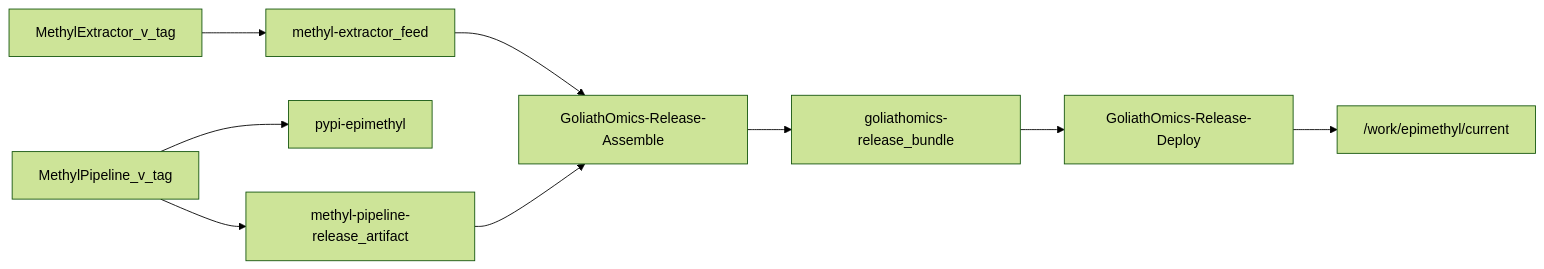
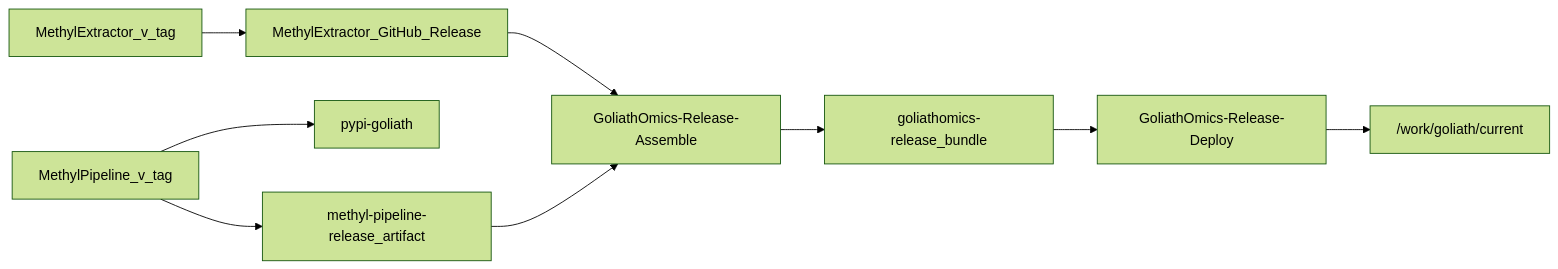
One commit to Goliath-Research/GoliathWorkflow changed the diagram in docs/deployment/production_release.md. Above: the diagram before and after it, drawn with Mermaid (forest theme). The commit also changed other lines of this file and 272 other files, not shown here.

First line of the commit message:
Update documentation and configuration to reflect GoliathOmics branding

````diff
--- a/docs/deployment/production_release.md
+++ b/docs/deployment/production_release.md
@@ -11,11 +11,11 @@
 ```mermaid
 flowchart LR
-  MEtag[MethylExtractor_v_tag] --> MEFeed[methyl-extractor_feed]
-  MPtag[MethylPipeline_v_tag] --> PyFeed[pypi-epimethyl]
+  MEtag[MethylExtractor_v_tag] --> MERel[MethylExtractor_GitHub_Release]
+  MPtag[MethylPipeline_v_tag] --> PyFeed[pypi-goliath]
   MPtag --> MPArt[methyl-pipeline-release_artifact]
-  MEFeed --> Assemble[GoliathOmics-Release-Assemble]
+  MERel --> Assemble[GoliathOmics-Release-Assemble]
   MPArt --> Assemble
   Assemble --> Bundle[goliathomics-release_bundle]
   Bundle --> Deploy[GoliathOmics-Release-Deploy]
-  Deploy --> Work["/work/epimethyl/current"]
+  Deploy --> Work["/work/goliath/current"]
 ```
````
